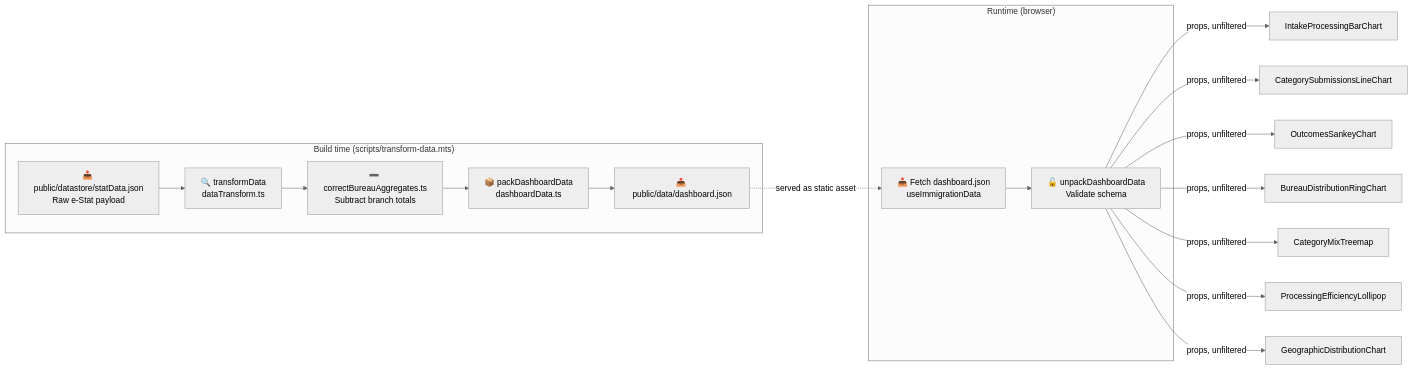
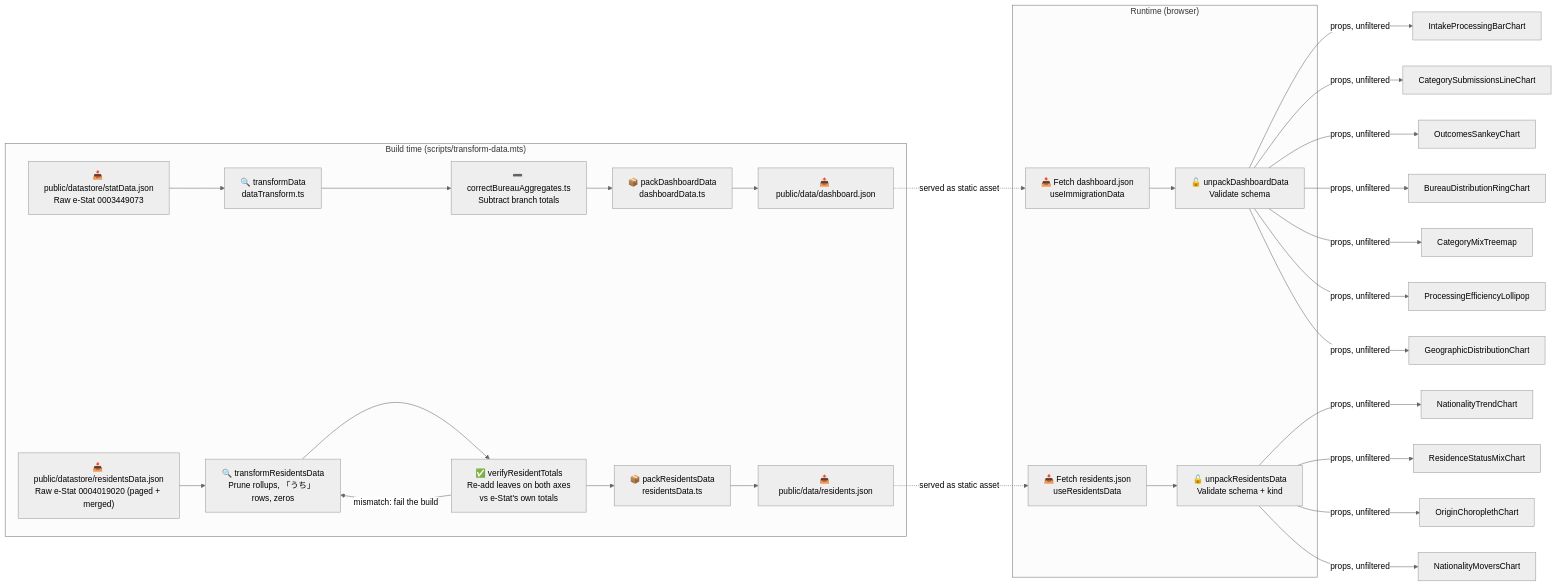
Before and after one commit to RetroHazard/JP_Immigration_Dashboard: the eighth of 16 diagrams in ARCHITECTURE.md, drawn with Mermaid (neutral theme). The commit also changed other lines of this file and 7 other files, not shown here.

````diff
--- a/ARCHITECTURE.md
+++ b/ARCHITECTURE.md
@@ -356,32 +369,53 @@
 ```mermaid
 graph LR
     subgraph "Build time (scripts/transform-data.mts)"
-        RAW["📥 public/datastore/statData.json<br/>Raw e-Stat payload"]
+        RAW["📥 public/datastore/statData.json<br/>Raw e-Stat 0003449073"]
         FLATTEN["🔍 transformData<br/>dataTransform.ts"]
         CORRECT["➖ correctBureauAggregates.ts<br/>Subtract branch totals"]
         PACK["📦 packDashboardData<br/>dashboardData.ts"]
         OUT["📤 public/data/dashboard.json"]
-        
+
         RAW --> FLATTEN
         FLATTEN --> CORRECT
         CORRECT --> PACK
         PACK --> OUT
+
+        RRAW["📥 public/datastore/residentsData.json<br/>Raw e-Stat 0004019020 (paged + merged)"]
+        RFLAT["🔍 transformResidentsData<br/>Prune rollups, 「うち」 rows, zeros"]
+        RVERIFY["✅ verifyResidentTotals<br/>Re-add leaves on both axes<br/>vs e-Stat's own totals"]
+        RPACK["📦 packResidentsData<br/>residentsData.ts"]
+        ROUT["📤 public/data/residents.json"]
+
+        RRAW --> RFLAT
+        RFLAT --> RVERIFY
+        RVERIFY -->|mismatch: fail the build| RFLAT
+        RVERIFY --> RPACK
+        RPACK --> ROUT
     end
-    
+
     subgraph "Runtime (browser)"
         FETCH["📥 Fetch dashboard.json<br/>useImmigrationData"]
         UNPACK["🔓 unpackDashboardData<br/>Validate schema"]
-        
+        RFETCH["📥 Fetch residents.json<br/>useResidentsData"]
+        RUNPACK["🔓 unpackResidentsData<br/>Validate schema + kind"]
+
         FETCH --> UNPACK
+        RFETCH --> RUNPACK
     end
-    
+
     OUT -.->|served as static asset| FETCH
-    
+    ROUT -.->|served as static asset| RFETCH
+
     UNPACK -->|props, unfiltered| INTAKE["IntakeProcessingBarChart"]
     UNPACK -->|props, unfiltered| TYPES["CategorySubmissionsLineChart"]
     UNPACK -->|props, unfiltered| OUTCOMES["OutcomesSankeyChart"]
     UNPACK -->|props, unfiltered| SHARE["BureauDistributionRingChart"]
     UNPACK -->|props, unfiltered| MIX["CategoryMixTreemap"]
     UNPACK -->|props, unfiltered| EFFICIENCY["ProcessingEfficiencyLollipop"]
     UNPACK -->|props, unfiltered| MAP["GeographicDistributionChart"]
+
+    RUNPACK -->|props, unfiltered| ORIGINS["NationalityTrendChart"]
+    RUNPACK -->|props, unfiltered| STATUSES["ResidenceStatusMixChart"]
+    RUNPACK -->|props, unfiltered| WORLD["OriginChoroplethChart"]
+    RUNPACK -->|props, unfiltered| MOVERS["NationalityMoversChart"]
 ```
````
